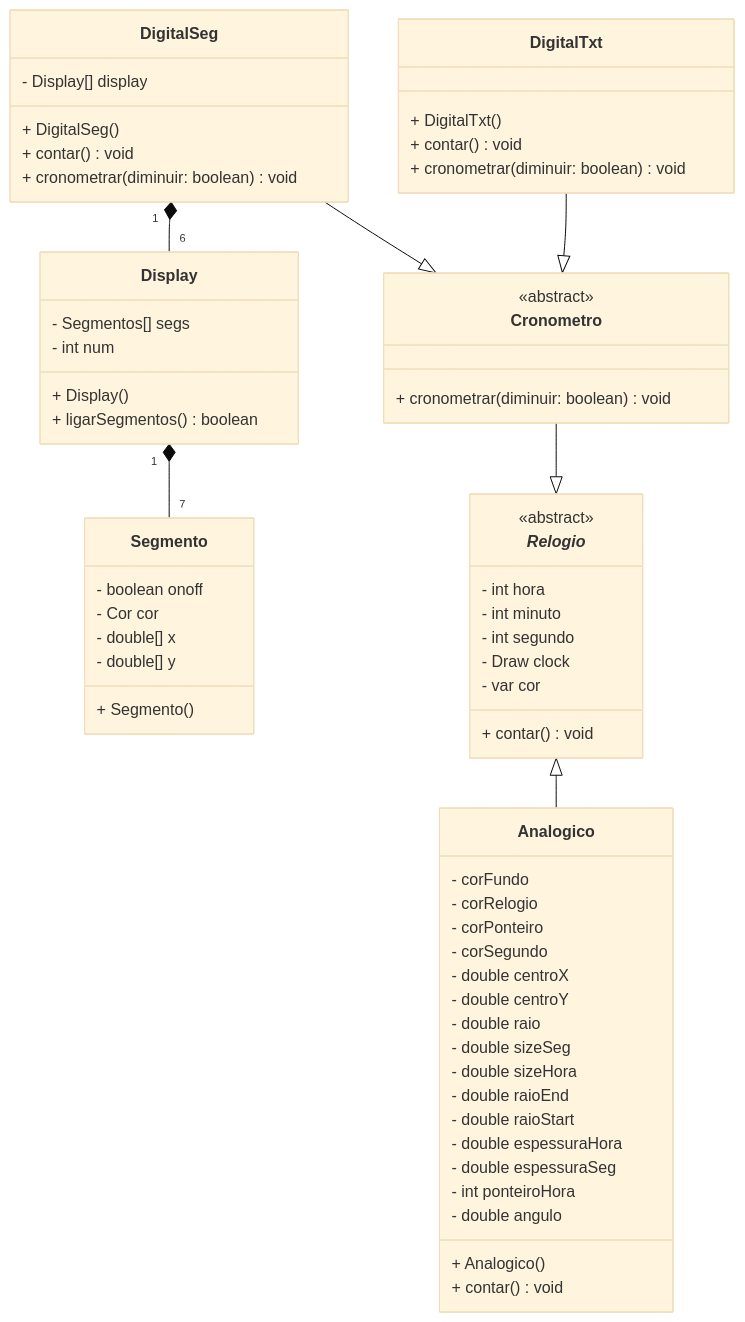
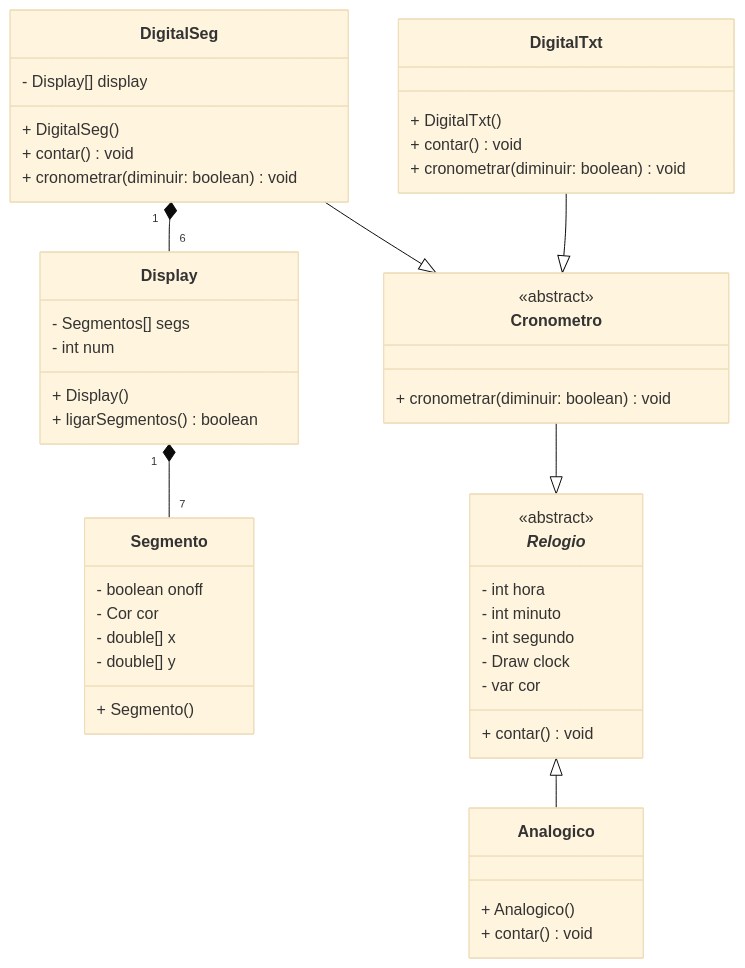
The diagram in lab-06/README.md (Aluno55/POO), drawn with Mermaid (base theme) before and after one commit. The commit also changed 2 other files, not shown here.

Commit message:
analogico

````diff
--- a/lab-06/README.md
+++ b/lab-06/README.md
@@ -1,66 +1,51 @@
 ```mermaid
 classDiagram
     class _Relogio_{
         <<abstract>>
         - int hora
         - int minuto
         - int segundo
         - Draw clock
         - var cor
         + contar () void
     }
     class DigitalSeg{
         - Display[] display
         + DigitalSeg ()
         + contar () void
         + cronometrar (diminuir: boolean) void
     }
     class Display{
         - Segmentos[] segs
         - int num
         + Display ()
         + ligarSegmentos () boolean
     }
     class Segmento{
         - boolean onoff
         - Cor cor
         - double[] x
         - double[] y
         + Segmento ()
     }
     class Analogico{
-        - corFundo
-        - corRelogio
-        - corPonteiro
-        - corSegundo
-        - double centroX
-        - double centroY
-        - double raio
-        - double sizeSeg
-        - double sizeHora
-        - double raioEnd
-        - double raioStart
-        - double espessuraHora
-        - double espessuraSeg
-        - int ponteiroHora
-        - double angulo
         + Analogico ()
         + contar () void
     }
     class DigitalTxt{
         + DigitalTxt ()
         + contar () void
         + cronometrar (diminuir: boolean) void
     }
 
     Display "1"*--"7"Segmento
     DigitalSeg "1"*--"6" Display
     Cronometro --|> _Relogio_
     DigitalSeg--|>Cronometro
     DigitalTxt--|>Cronometro
     _Relogio_ <|-- Analogico
     class Cronometro{
         <<abstract>>
         + cronometrar (diminuir: boolean) void
         }
 ```
````
